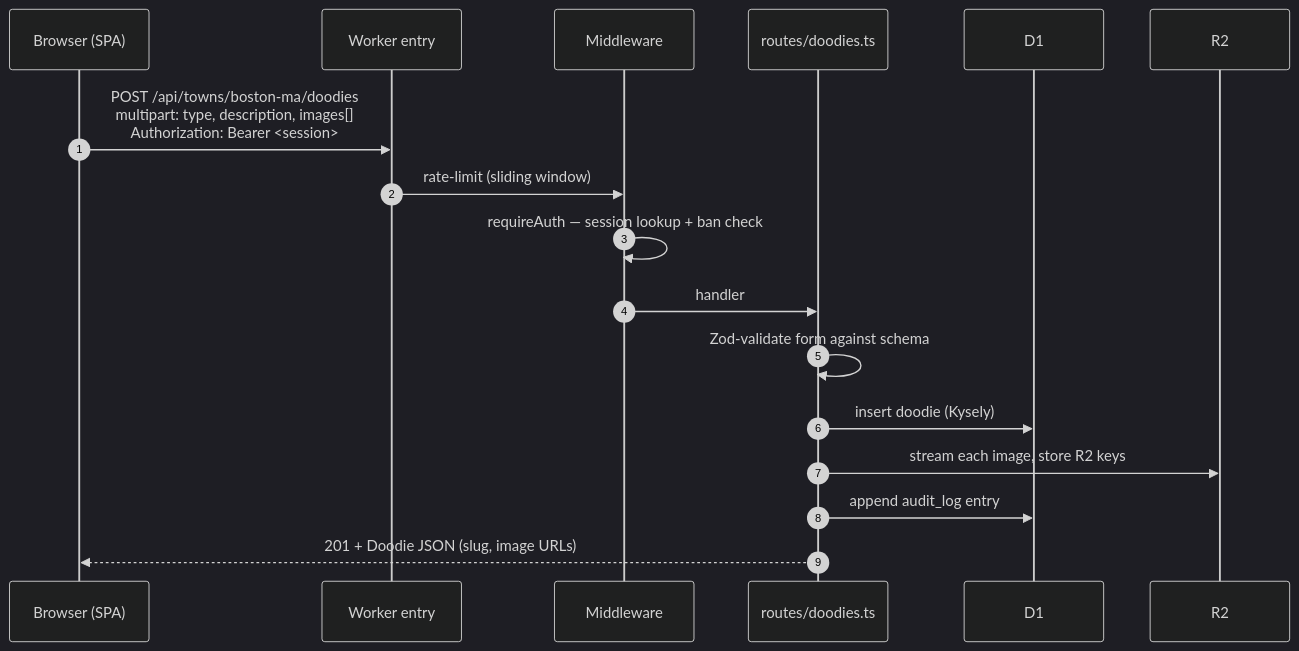
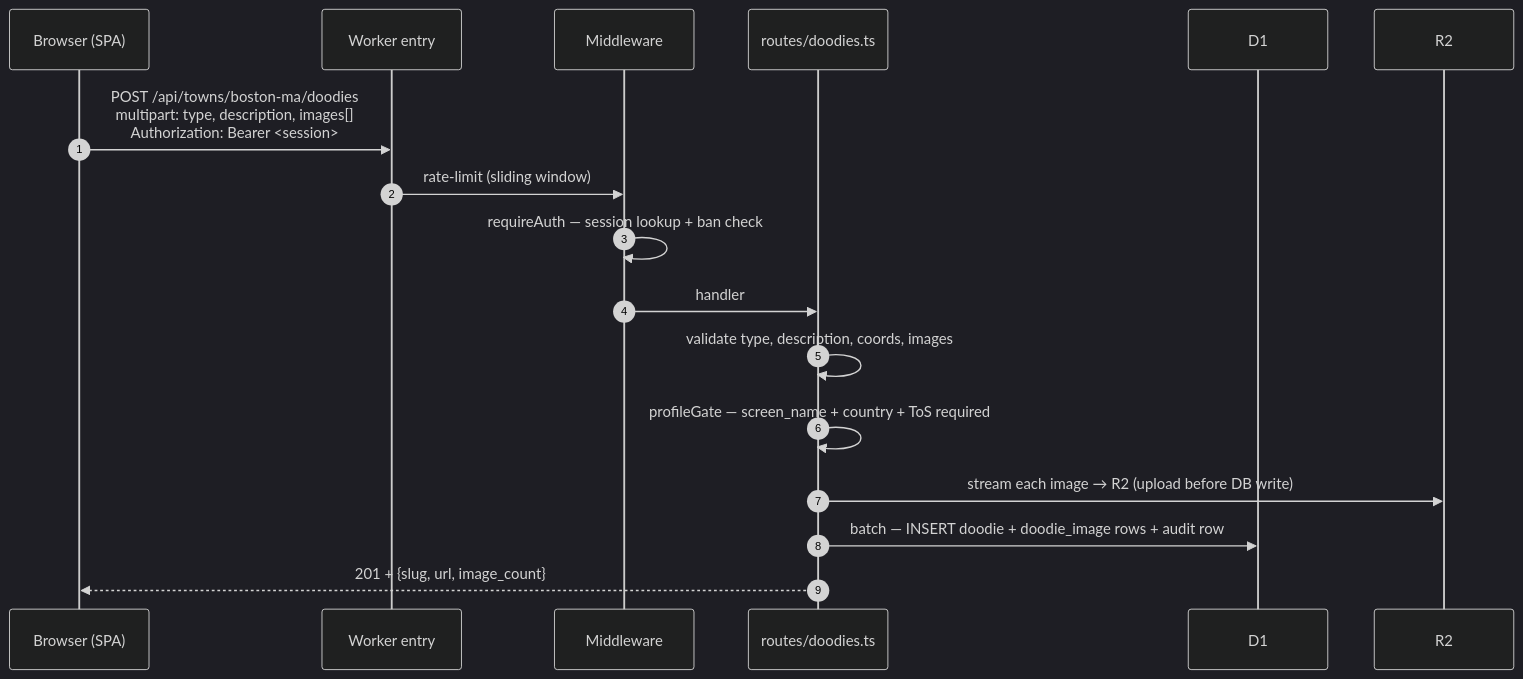
The third of 5 diagrams in docs/architecture.md (CivicDoodieOrg/CivicDoodie-Parking), drawn with Mermaid (dark theme) before and after one commit. The commit also changed other lines of this file and 9 other files, not shown here.

````diff
--- a/docs/architecture.md
+++ b/docs/architecture.md
@@ -87,20 +122,20 @@
 ```mermaid
 sequenceDiagram
     autonumber
     participant B as Browser (SPA)
     participant W as Worker entry
     participant MW as Middleware
     participant H as routes/doodies.ts
     participant DB as D1
     participant S as R2
 
     B->>W: POST /api/towns/boston-ma/doodies<br/>multipart: type, description, images[]<br/>Authorization: Bearer <session>
     W->>MW: rate-limit (sliding window)
     MW->>MW: requireAuth — session lookup + ban check
     MW->>H: handler
-    H->>H: Zod-validate form against schema
-    H->>DB: insert doodie (Kysely)
-    H->>S: stream each image, store R2 keys
-    H->>DB: append audit_log entry
-    H-->>B: 201 + Doodie JSON (slug, image URLs)
+    H->>H: validate type, description, coords, images
+    H->>H: profileGate — screen_name + country + ToS required
+    H->>S: stream each image → R2 (upload before DB write)
+    H->>DB: batch — INSERT doodie + doodie_image rows + audit row
+    H-->>B: 201 + {slug, url, image_count}
 ```
````
